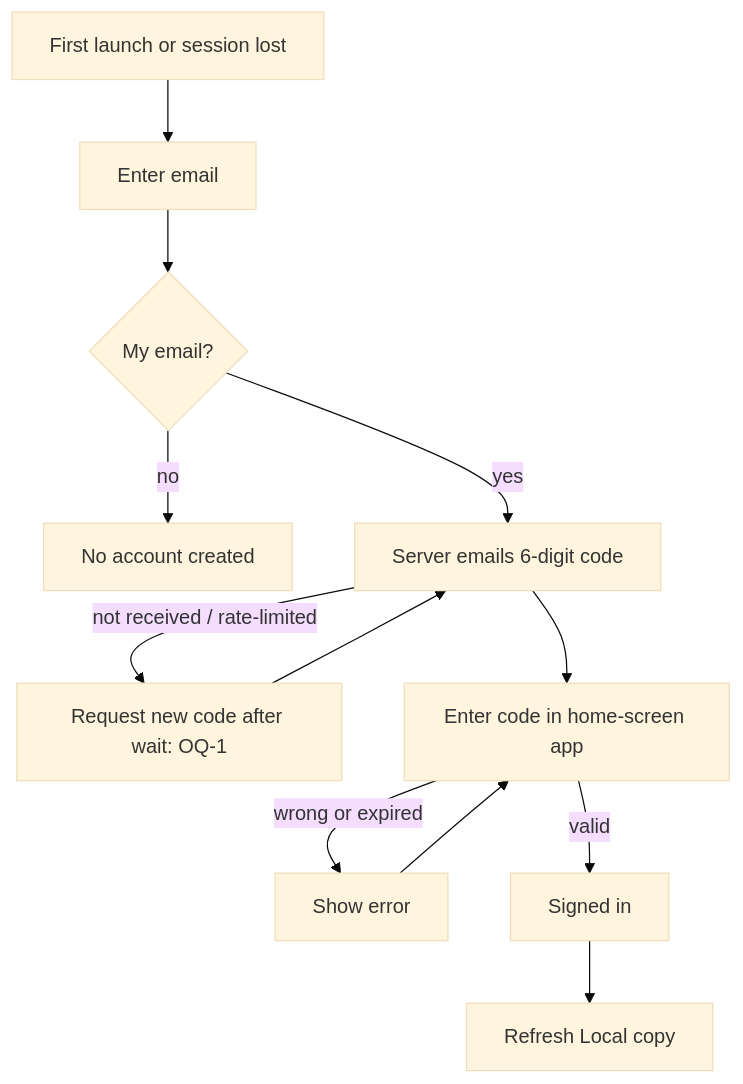
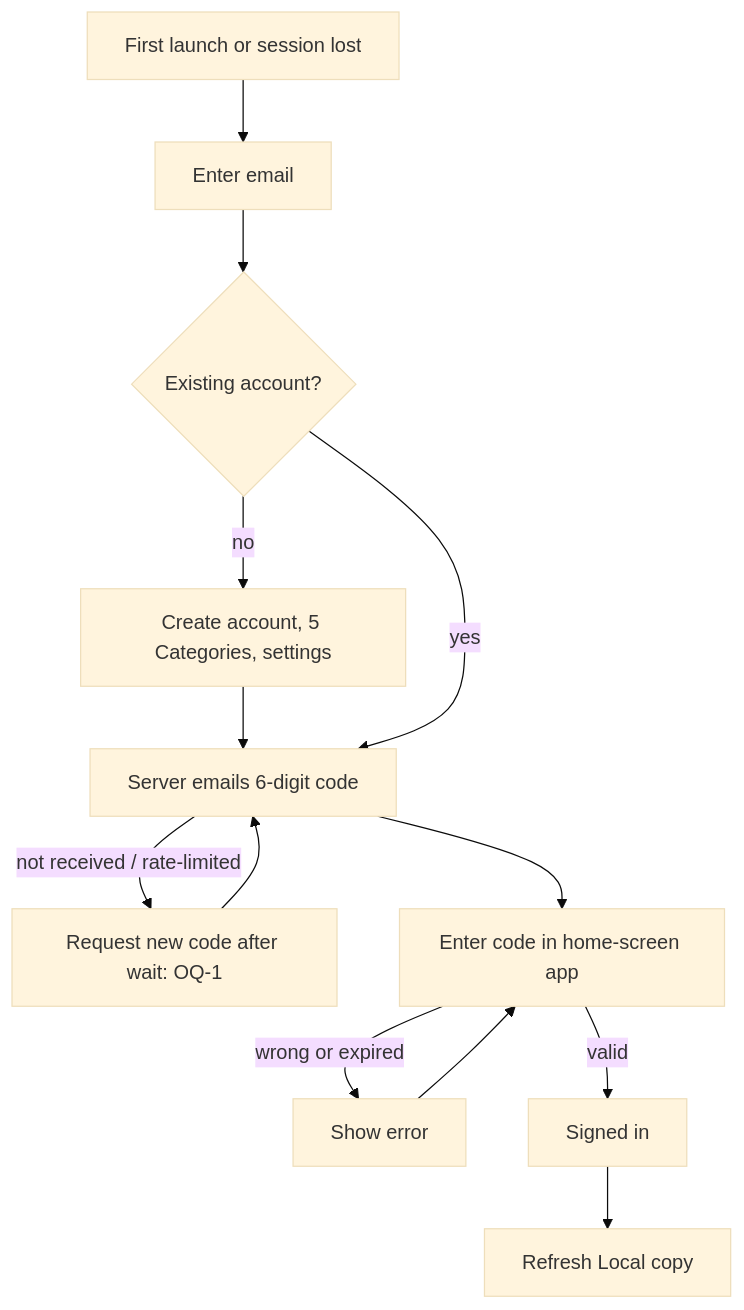
One commit to bachtly/daily-kaizen changed the sixth of 6 diagrams in docs/design/2026-11-06-mvp/02-requirements.md. Above: the diagram before and after it, drawn with Mermaid (base theme). The commit also changed other lines of this file and 14 other files, not shown here.

````diff
--- a/docs/design/2026-11-06-mvp/02-requirements.md
+++ b/docs/design/2026-11-06-mvp/02-requirements.md
@@ -186,11 +186,11 @@
 ```mermaid
 flowchart TD
   I[First launch or session lost] --> EM[Enter email]
-  EM --> MINE{My email?}
-  MINE -- no --> REF[No account created]
-  MINE -- yes --> CODE[Server emails 6-digit code]
+  EM --> NEW{Existing account?}
+  NEW -- no --> ACC[Create account, 5 Categories, settings] --> CODE
+  NEW -- yes --> CODE[Server emails 6-digit code]
   CODE -- not received / rate-limited --> RS[Request new code after wait: OQ-1] --> CODE
   CODE --> ENT[Enter code in home-screen app]
   ENT -- wrong or expired --> ERR[Show error] --> ENT
   ENT -- valid --> IN[Signed in] --> SY[Refresh Local copy]
 ```
````
